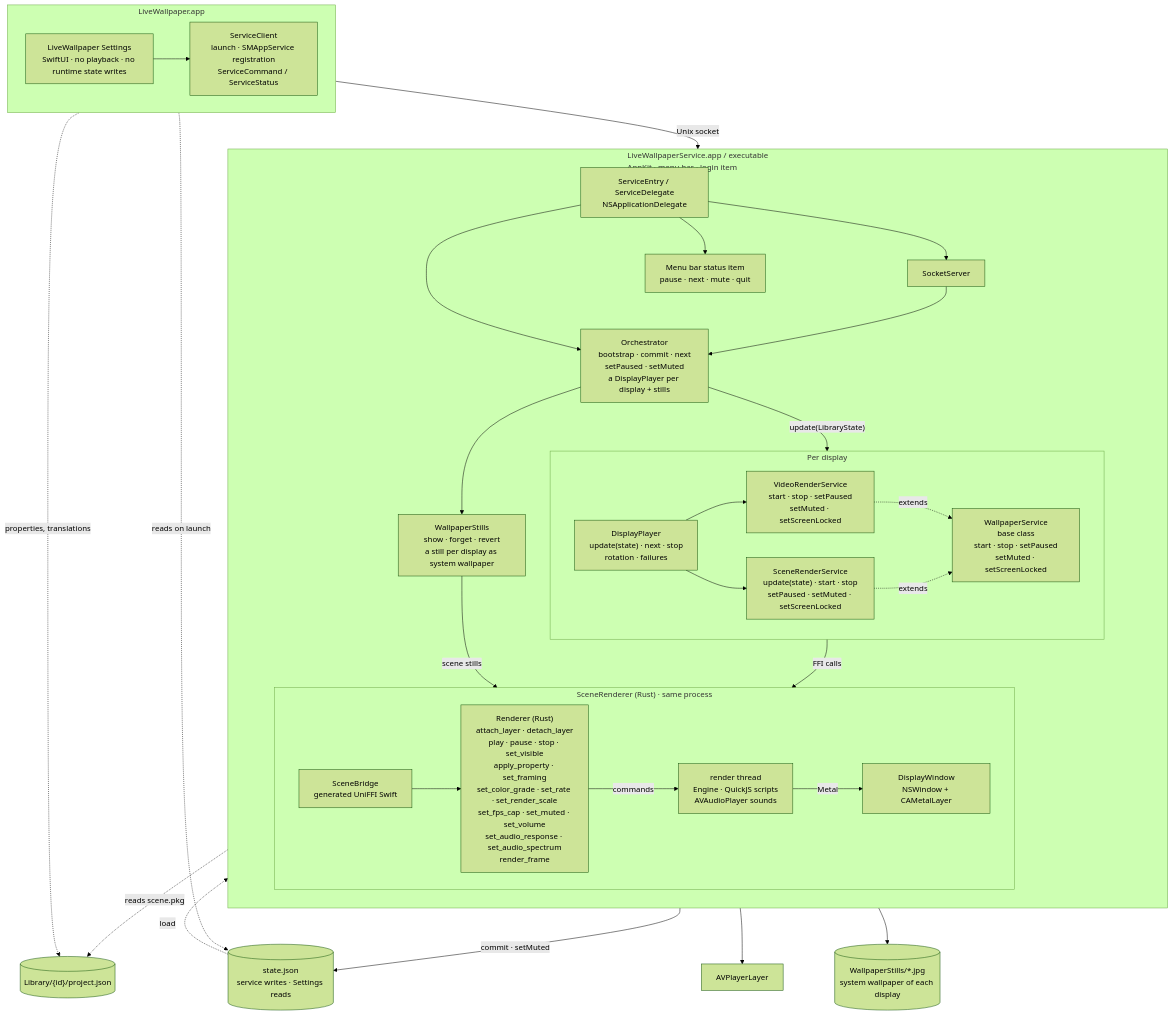
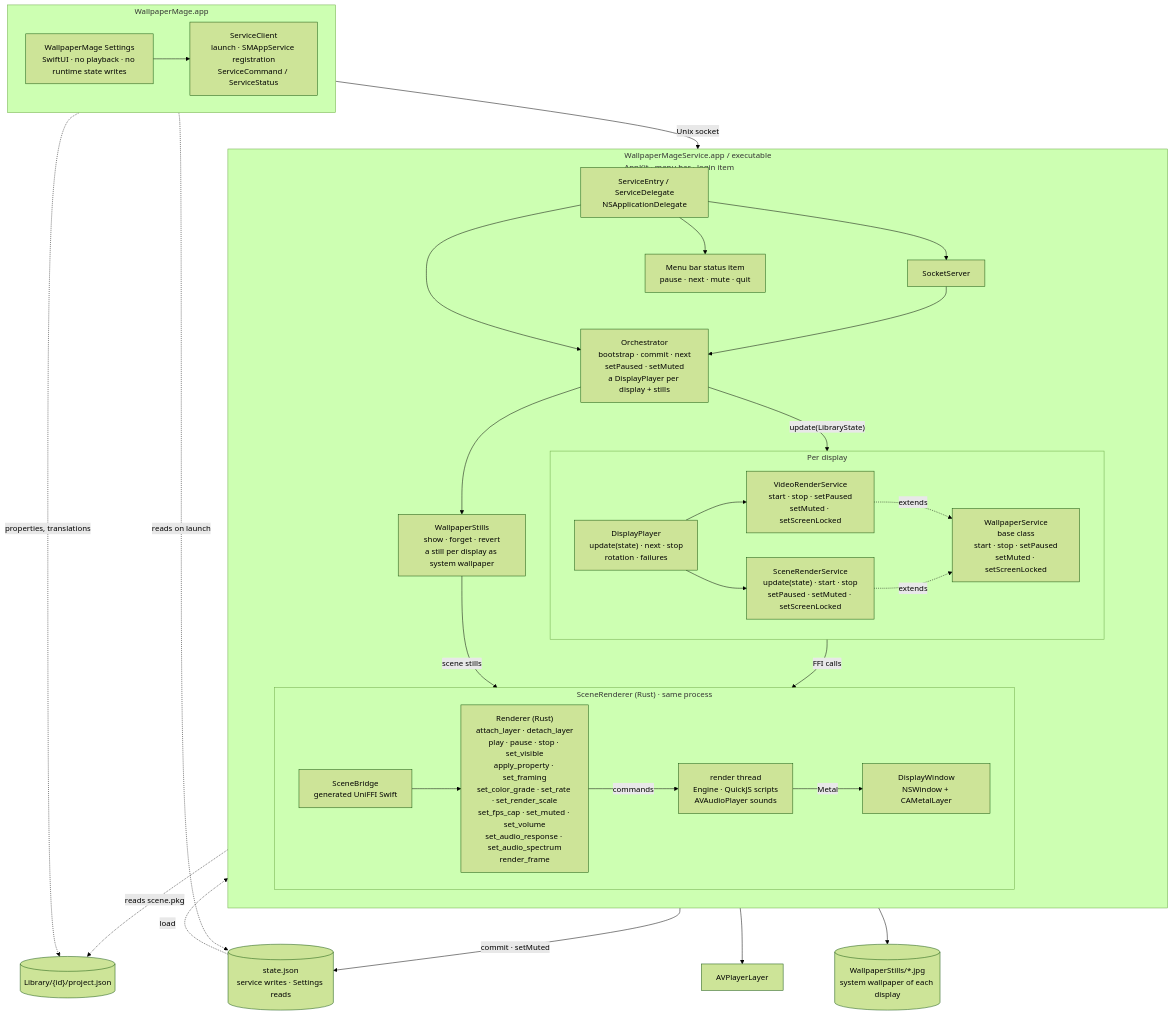
One commit to Keksuccino/LiveWallpaper changed the diagram in ARCHITECTURE.md. Above: the diagram before and after it, drawn with Mermaid (forest theme). The commit also changed other lines of this file and 67 other files, not shown here.

Commit message:
Rename app from Live Wallpaper to Wallpaper Mage across targets, bundles, and docs

````diff
--- a/ARCHITECTURE.md
+++ b/ARCHITECTURE.md
@@ -14,64 +14,64 @@
 ```mermaid
 flowchart TB
-    subgraph APP["LiveWallpaper.app"]
+    subgraph APP["WallpaperMage.app"]
         direction LR
-        UI["LiveWallpaper Settings<br/>SwiftUI · no playback · no runtime state writes"]
+        UI["WallpaperMage Settings<br/>SwiftUI · no playback · no runtime state writes"]
         CLIENT["ServiceClient<br/>launch · SMAppService registration<br/>ServiceCommand / ServiceStatus"]
         UI --> CLIENT
     end
 
-    subgraph SERVICE["LiveWallpaperService.app / executable<br/>AppKit · menu bar · login item"]
+    subgraph SERVICE["WallpaperMageService.app / executable<br/>AppKit · menu bar · login item"]
         direction TB
         ENTRY["ServiceEntry / ServiceDelegate<br/>NSApplicationDelegate"]
         SOCK["SocketServer"]
         ORCH["Orchestrator<br/>bootstrap · commit · next<br/>setPaused · setMuted<br/>a DisplayPlayer per display + stills"]
         MENU["Menu bar status item<br/>pause · next · mute · quit"]
 
         subgraph PLAY["Per display"]
             direction LR
             PLAYER["DisplayPlayer<br/>update(state) · next · stop<br/>rotation · failures"]
             BASE["WallpaperService<br/>base class<br/>start · stop · setPaused<br/>setMuted · setScreenLocked"]
             VIDEO["VideoRenderService<br/>start · stop · setPaused<br/>setMuted · setScreenLocked"]
             SCENE["SceneRenderService<br/>update(state) · start · stop<br/>setPaused · setMuted · setScreenLocked"]
         end
         STILLS["WallpaperStills<br/>show · forget · revert<br/>a still per display as system wallpaper"]
 
         subgraph RUST["SceneRenderer (Rust) · same process"]
             direction LR
             FFI["SceneBridge<br/>generated UniFFI Swift"]
             API["Renderer (Rust)<br/>attach_layer · detach_layer<br/>play · pause · stop · set_visible<br/>apply_property · set_framing<br/>set_color_grade · set_rate · set_render_scale<br/>set_fps_cap · set_muted · set_volume<br/>set_audio_response · set_audio_spectrum<br/>render_frame"]
             THREAD["render thread<br/>Engine · QuickJS scripts<br/>AVAudioPlayer sounds"]
             WINDOW["DisplayWindow<br/>NSWindow + CAMetalLayer"]
         end
 
         ENTRY --> SOCK
         ENTRY --> ORCH
         ENTRY --> MENU
         SOCK --> ORCH
         ORCH -->|"update(LibraryState)"| PLAYER
         PLAYER --> VIDEO
         PLAYER --> SCENE
         ORCH --> STILLS
         STILLS -->|"scene stills"| FFI
         VIDEO -.->|extends| BASE
         SCENE -.->|extends| BASE
         SCENE -->|"FFI calls"| FFI
         FFI --> API
         API -->|"commands"| THREAD
         THREAD -->|"Metal"| WINDOW
     end
 
     STATE[("state.json<br/>service writes · Settings reads")]
     PROJECT[("Library/{id}/project.json")]
     STILLFILES[("WallpaperStills/*.jpg<br/>system wallpaper of each display")]
     AV["AVPlayerLayer"]
 
     CLIENT -->|"Unix socket"| SOCK
     UI -.->|"reads on launch"| STATE
     UI -.->|"properties, translations"| PROJECT
     ORCH -->|"commit · setMuted"| STATE
     STATE -.->|"load"| ORCH
     THREAD -.->|"reads scene.pkg"| PROJECT
     VIDEO --> AV
     STILLS --> STILLFILES
 ```
````
